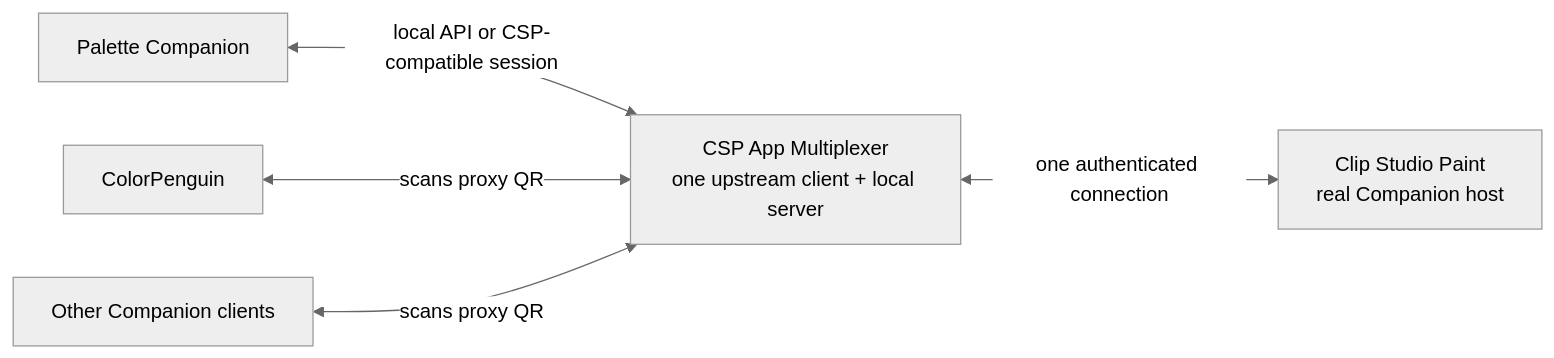
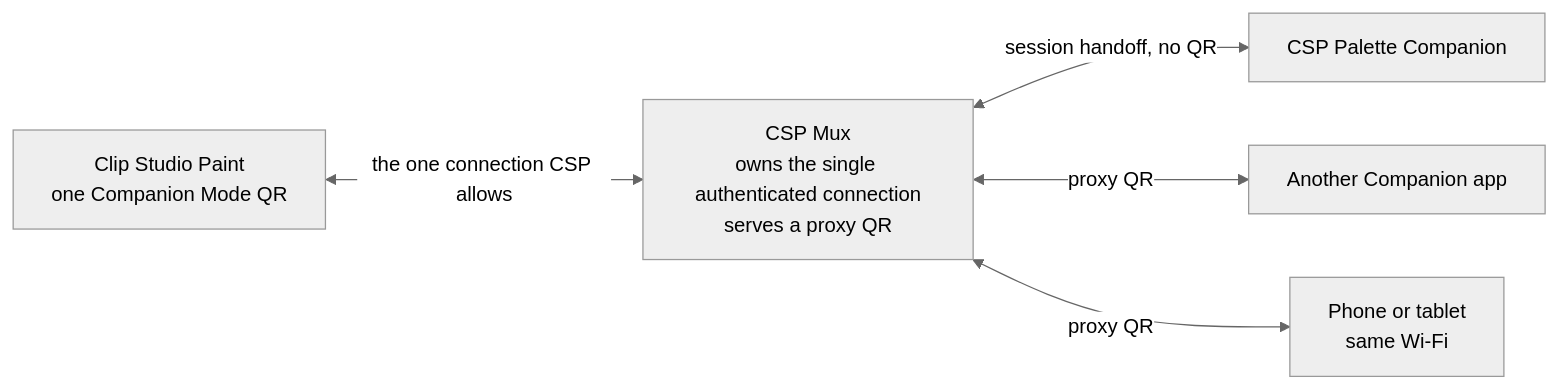
Before and after one commit to beastyrabbit/csp-app-multiplexer: the diagram in README.md, drawn with Mermaid (neutral theme). The commit also changed other lines of this file and 14 other files, not shown here.

````diff
--- a/README.md
+++ b/README.md
@@ -100,13 +12,13 @@
 ```mermaid
 flowchart LR
-    CSP["Clip Studio Paint<br/>real Companion host"]
-    MUX["CSP App Multiplexer<br/>one upstream client + local server"]
-    PAL["Palette Companion"]
-    CP["ColorPenguin"]
-    OTHER["Other Companion clients"]
+    CSP["Clip Studio Paint<br/>one Companion Mode QR"]
+    MUX["CSP Mux<br/>owns the single authenticated connection<br/>serves a proxy QR"]
+    PAL["CSP Palette Companion"]
+    APP["Another Companion app"]
+    PHONE["Phone or tablet<br/>same Wi-Fi"]
 
-    MUX <-->|"one authenticated connection"| CSP
-    PAL <-->|"local API or CSP-compatible session"| MUX
-    CP <-->|"scans proxy QR"| MUX
-    OTHER <-->|"scans proxy QR"| MUX
+    CSP <-->|"the one connection CSP allows"| MUX
+    MUX <-->|"session handoff, no QR"| PAL
+    MUX <-->|"proxy QR"| APP
+    MUX <-->|"proxy QR"| PHONE
 ```
````
